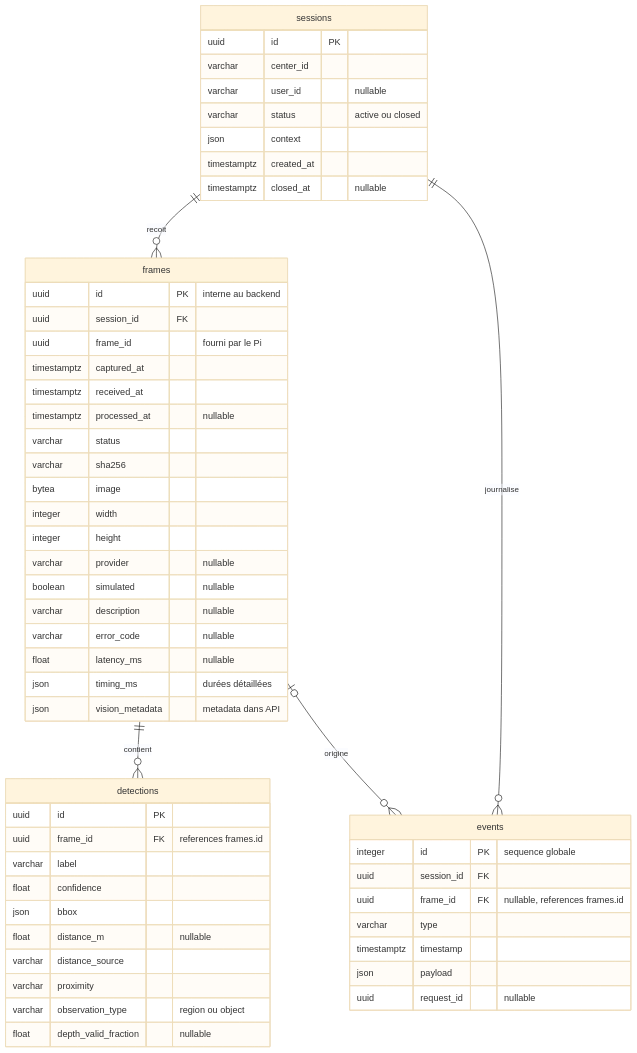
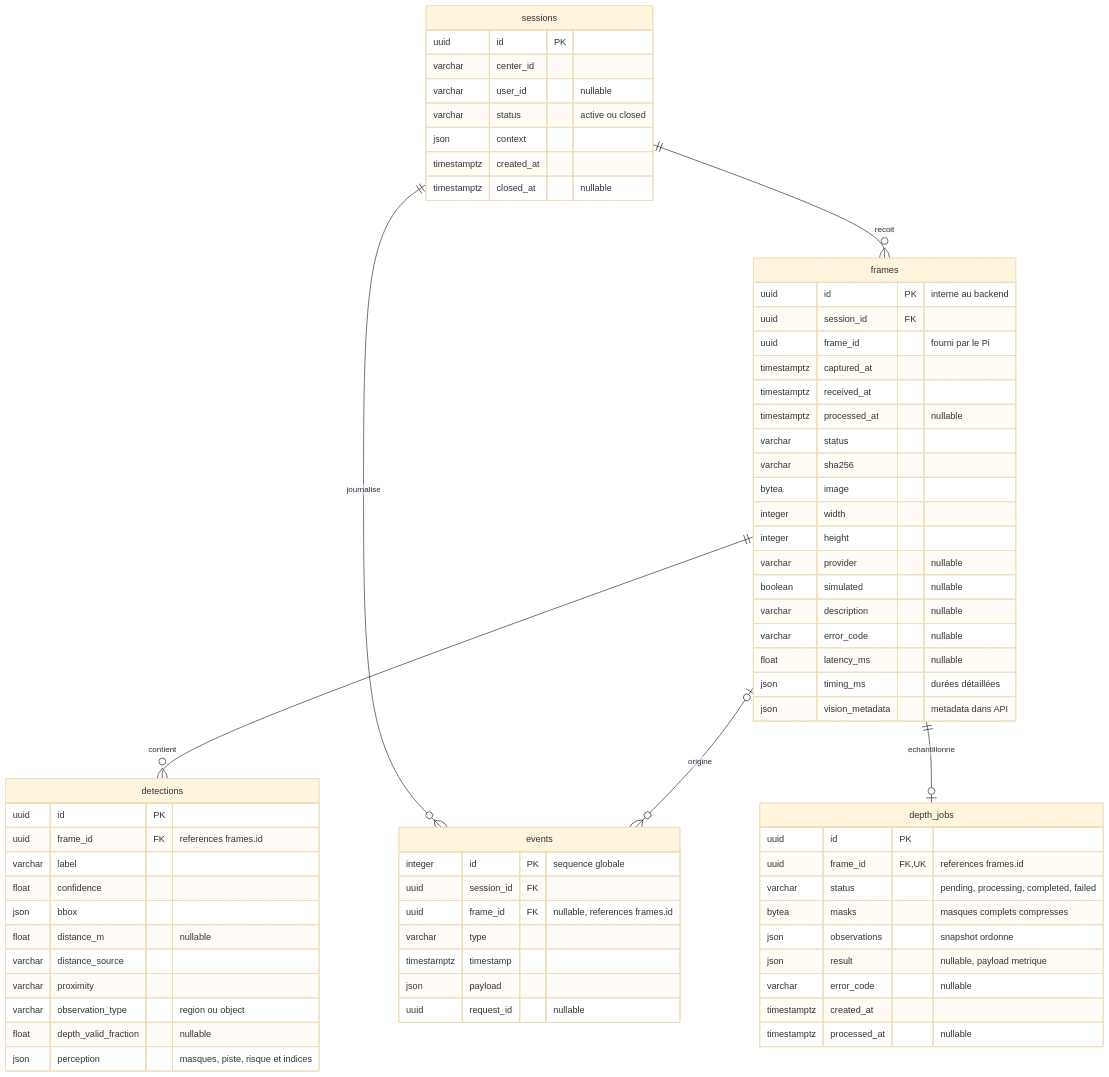
Before and after one commit to Mindsept/Looki--Vision: the first of 6 diagrams in docs/02-base-de-donnees.md, drawn with Mermaid (base theme). The commit also changed other lines of this file and 75 other files, not shown here.

````diff
--- a/docs/02-base-de-donnees.md
+++ b/docs/02-base-de-donnees.md
@@ -7,57 +7,70 @@
 ```mermaid
 erDiagram
     sessions ||--o{ frames : recoit
     sessions ||--o{ events : journalise
     frames ||--o{ detections : contient
     frames o|--o{ events : origine
+    frames ||--o| depth_jobs : echantillonne
     sessions {
         uuid id PK
         varchar center_id
         varchar user_id "nullable"
         varchar status "active ou closed"
         json context
         timestamptz created_at
         timestamptz closed_at "nullable"
     }
     frames {
         uuid id PK "interne au backend"
         uuid session_id FK
         uuid frame_id "fourni par le Pi"
         timestamptz captured_at
         timestamptz received_at
         timestamptz processed_at "nullable"
         varchar status
         varchar sha256
         bytea image
         integer width
         integer height
         varchar provider "nullable"
         boolean simulated "nullable"
         varchar description "nullable"
         varchar error_code "nullable"
         float latency_ms "nullable"
         json timing_ms "durées détaillées"
         json vision_metadata "metadata dans API"
     }
     detections {
         uuid id PK
         uuid frame_id FK "references frames.id"
         varchar label
         float confidence
         json bbox
         float distance_m "nullable"
         varchar distance_source
         varchar proximity
         varchar observation_type "region ou object"
         float depth_valid_fraction "nullable"
+        json perception "masques, piste, risque et indices"
     }
     events {
         integer id PK "sequence globale"
         uuid session_id FK
         uuid frame_id FK "nullable, references frames.id"
         varchar type
         timestamptz timestamp
         json payload
         uuid request_id "nullable"
     }
+    depth_jobs {
+        uuid id PK
+        uuid frame_id FK,UK "references frames.id"
+        varchar status "pending, processing, completed, failed"
+        bytea masks "masques complets compresses"
+        json observations "snapshot ordonne"
+        json result "nullable, payload metrique"
+        varchar error_code "nullable"
+        timestamptz created_at
+        timestamptz processed_at "nullable"
+    }
 ```
````
